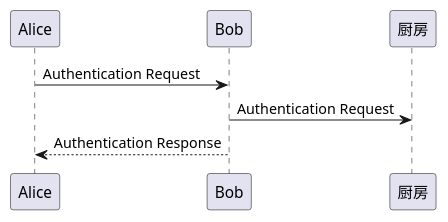
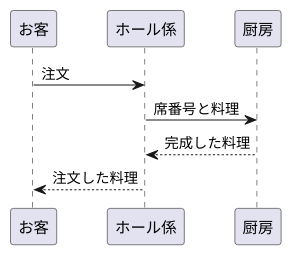
The diagram in test2.md (Aso2001369/2021sys-design), drawn with PlantUML before and after one commit.

````diff
--- a/test2.md
+++ b/test2.md
@@ -1,8 +1,10 @@
 ```uml
 @startuml
-Alice -> Bob: Authentication Request
-Bob -> 厨房: Authentication Request
-Bob --> Alice: Authentication Response
+お客 -> ホール係: 注文
+ホール係 -> 厨房: 席番号と料理
+
+ホール係 <-- 厨房:完成した料理
+お客 <-- ホール係:注文した料理
 
 @enduml
 ```
````
